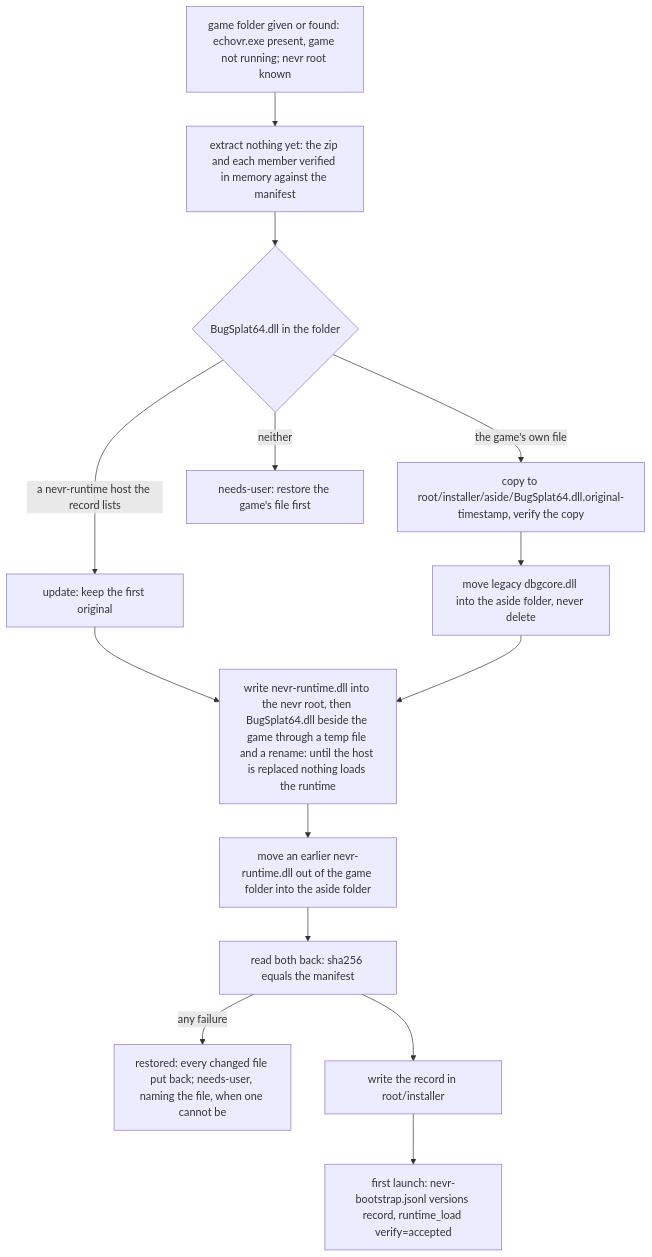
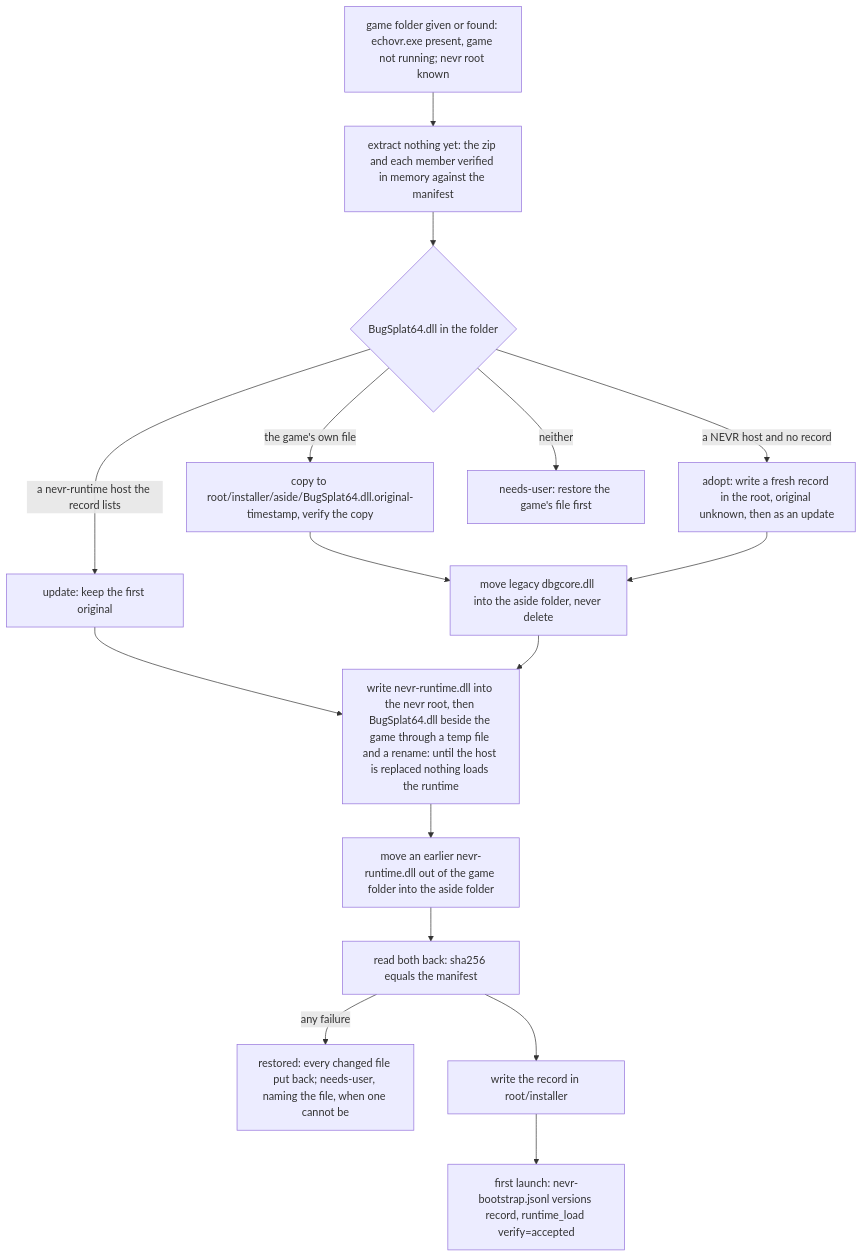
Before and after one commit to EchoTools/nevr-runtime: the second of 4 diagrams in docs/adr/0023-core-install-method.md, drawn with Mermaid. The commit also changed other lines of this file and 2 other files, not shown here.

First line of the commit message:
feat(installer): a NEVR host with no record is adopted, original unknown, and the vanilla BugSplat64.dll hash is pinned (refs #1140)

````diff
--- a/docs/adr/0023-core-install-method.md
+++ b/docs/adr/0023-core-install-method.md
@@ -75,16 +75,18 @@
 ```mermaid
 flowchart TD
     P0[game folder given or found: echovr.exe present, game not running; nevr root known] --> P1[extract nothing yet: the zip and each member verified in memory against the manifest]
     P1 --> P2{BugSplat64.dll in the folder}
     P2 -->|the game's own file| P3[copy to root/installer/aside/BugSplat64.dll.original-timestamp, verify the copy]
     P2 -->|a nevr-runtime host the record lists| P4[update: keep the first original]
+    P2 -->|a NEVR host and no record| PA[adopt: write a fresh record in the root, original unknown, then as an update]
     P2 -->|neither| X[needs-user: restore the game's file first]
     P3 --> P5[move legacy dbgcore.dll into the aside folder, never delete]
     P4 --> P6
+    PA --> P5
     P5 --> P6[write nevr-runtime.dll into the nevr root, then BugSplat64.dll beside the game through a temp file and a rename: until the host is replaced nothing loads the runtime]
     P6 --> P6b[move an earlier nevr-runtime.dll out of the game folder into the aside folder]
     P6b --> P7[read both back: sha256 equals the manifest]
     P7 -->|any failure| R[restored: every changed file put back; needs-user, naming the file, when one cannot be]
     P7 --> P8[write the record in root/installer]
     P8 --> P9[first launch: nevr-bootstrap.jsonl versions record, runtime_load verify=accepted]
 ```
````
